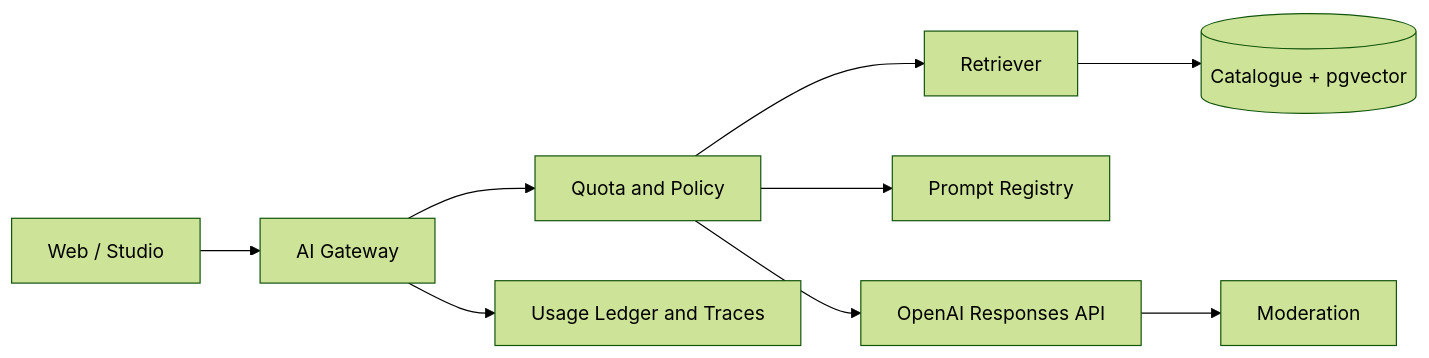
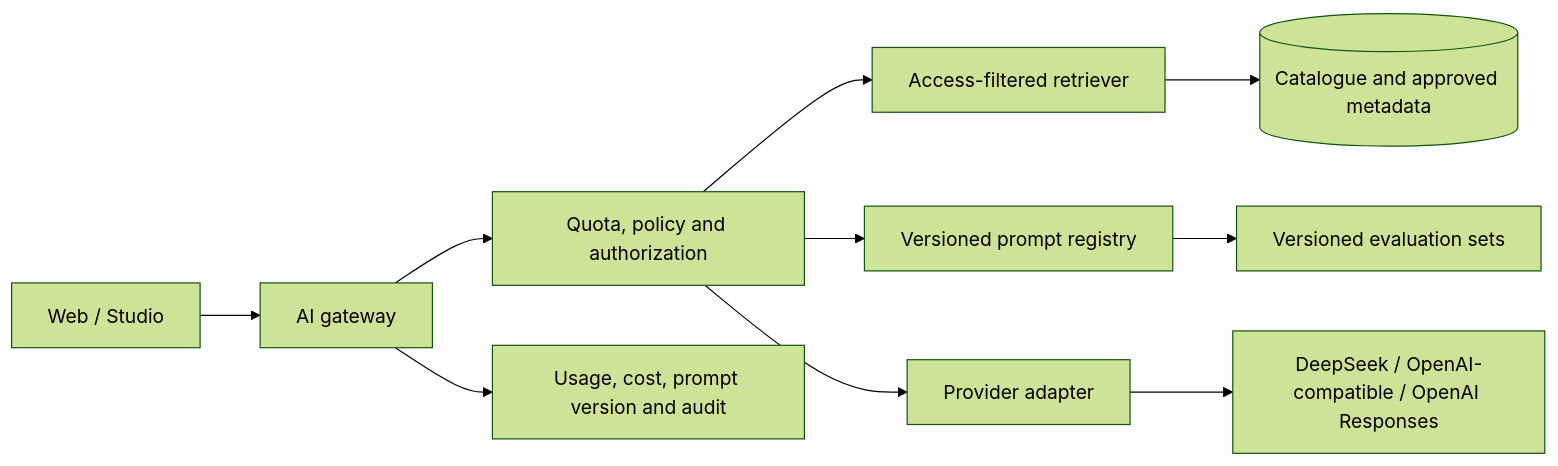
Before and after one commit to Watch-Jalwa/jalwa-platform: the diagram in docs/07-ai-native-platform.md, drawn with Mermaid (forest theme). The commit also changed other lines of this file, not shown here.

Commit message:
Align AI architecture with implemented readiness gates

````diff
--- a/docs/07-ai-native-platform.md
+++ b/docs/07-ai-native-platform.md
@@ -98,11 +71,12 @@
 ```mermaid
 flowchart LR
-    UI[Web / Studio] --> G[AI Gateway]
-    G --> Q[Quota and Policy]
-    Q --> R[Retriever]
-    R --> DB[(Catalogue + pgvector)]
-    Q --> P[Prompt Registry]
-    Q --> M[OpenAI Responses API]
-    M --> MOD[Moderation]
-    G --> L[Usage Ledger and Traces]
+    UI[Web / Studio] --> G[AI gateway]
+    G --> Q[Quota, policy and authorization]
+    Q --> R[Access-filtered retriever]
+    R --> DB[(Catalogue and approved metadata)]
+    Q --> P[Versioned prompt registry]
+    Q --> A[Provider adapter]
+    A --> M[DeepSeek / OpenAI-compatible / OpenAI Responses]
+    G --> L[Usage, cost, prompt version and audit]
+    P --> E[Versioned evaluation sets]
 ```
````
